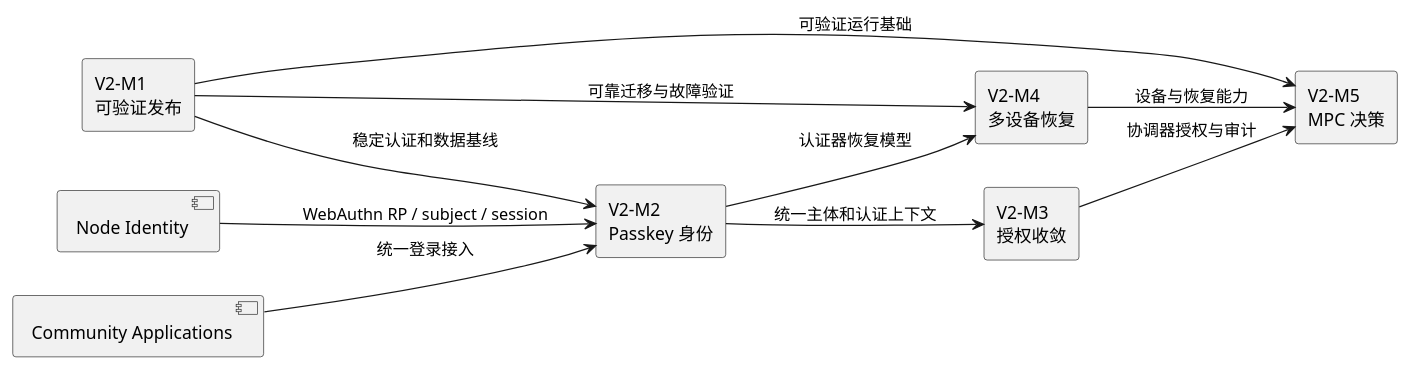
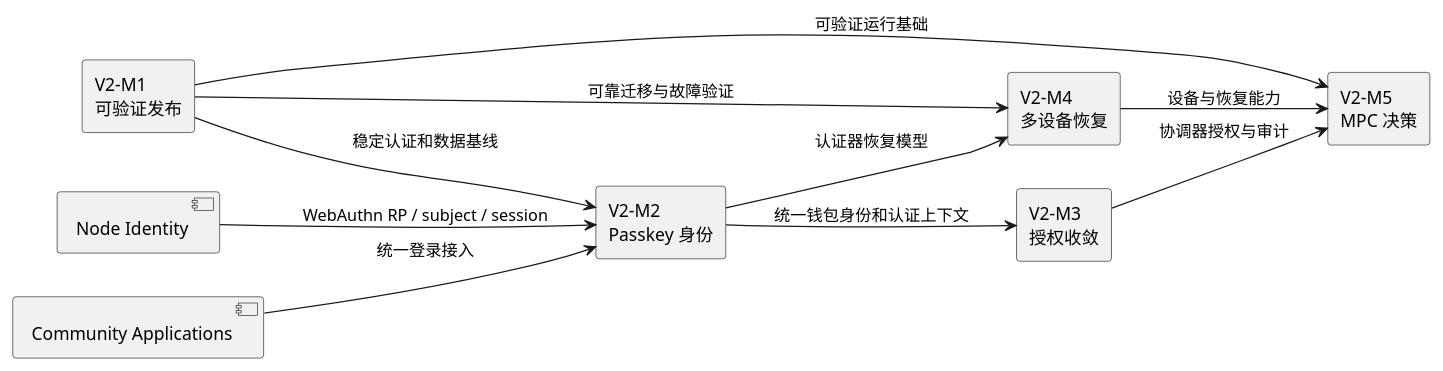
Before and after one commit to yeying-community/wallet: the fourth of 4 diagrams in docs/钱包架构V2.md, drawn with PlantUML. The commit also changed other lines of this file and 22 other files, not shown here.

````diff
--- a/docs/钱包架构V2.md
+++ b/docs/钱包架构V2.md
@@ -199,22 +203,22 @@
 ```plantuml
 @startuml wallet-v2-roadmap
 left to right direction
 rectangle "V2-M1\n可验证发布" as M1
 rectangle "V2-M2\nPasskey 身份" as M2
 rectangle "V2-M3\n授权收敛" as M3
 rectangle "V2-M4\n多设备恢复" as M4
 rectangle "V2-M5\nMPC 决策" as M5
 component "Node Identity" as Node
 component "Community Applications" as Apps
 
 M1 --> M2 : 稳定认证和数据基线
 Node --> M2 : WebAuthn RP / subject / session
 Apps --> M2 : 统一登录接入
-M2 --> M3 : 统一主体和认证上下文
+M2 --> M3 : 统一钱包身份和认证上下文
 M1 --> M4 : 可靠迁移与故障验证
 M2 --> M4 : 认证器恢复模型
 M1 --> M5 : 可验证运行基础
 M3 --> M5 : 协调器授权与审计
 M4 --> M5 : 设备与恢复能力
 @enduml
 ```
````
